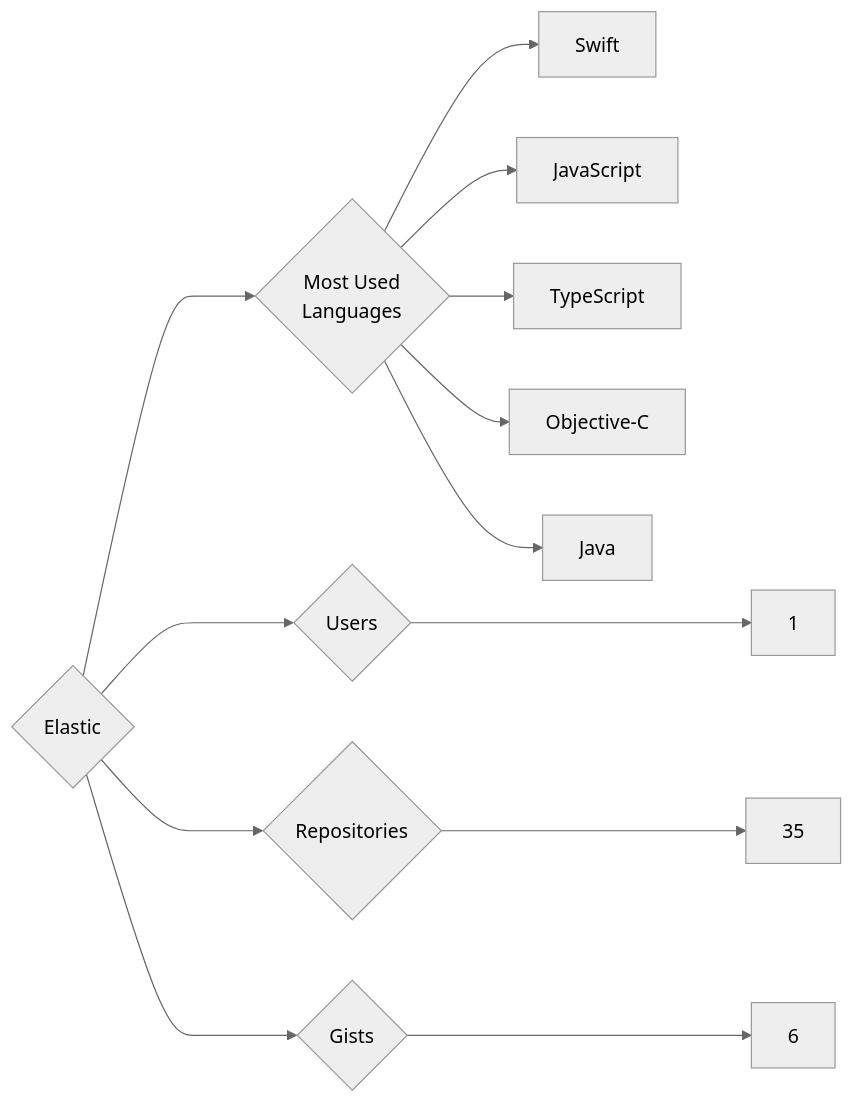
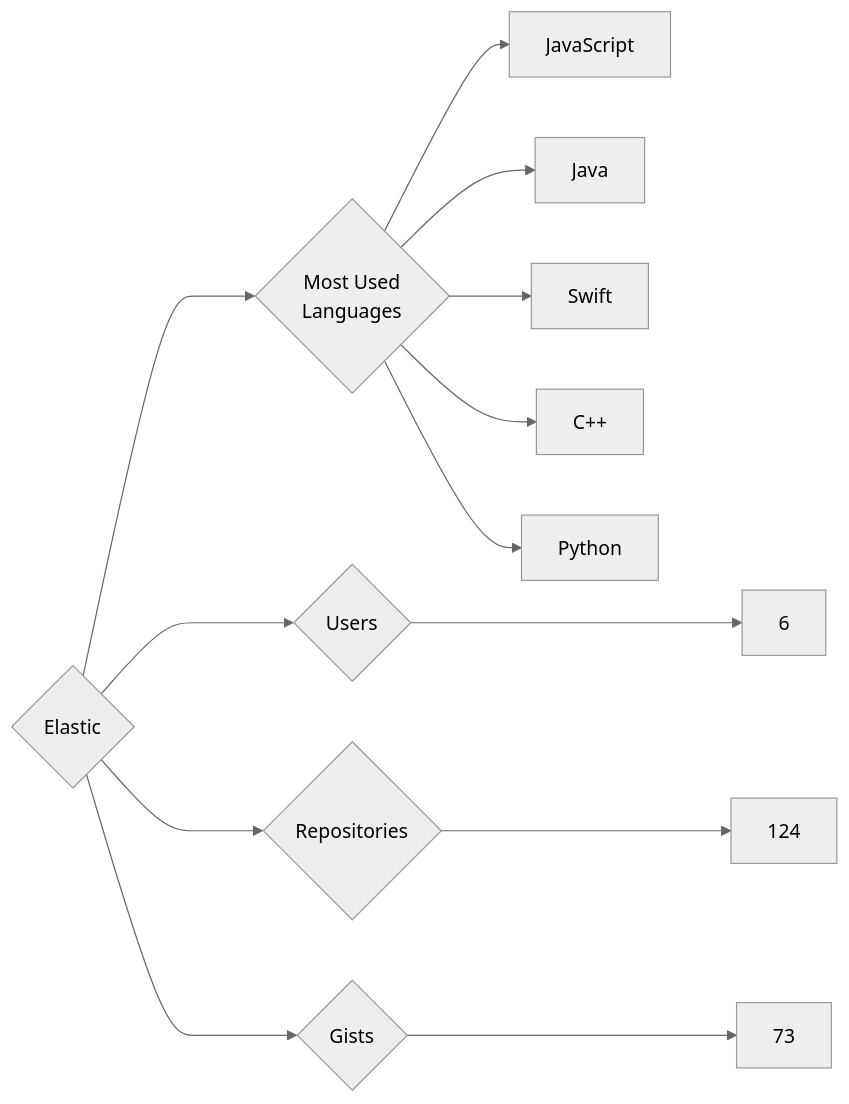
Before and after one commit to trickest/insiders: the diagram in targets/Elastic/README.md, drawn with Mermaid (neutral theme). The commit also changed 988 other files, not shown here.

````diff
--- a/targets/Elastic/README.md
+++ b/targets/Elastic/README.md
@@ -3,13 +3,13 @@
 ```mermaid
 graph LR
 COMPANY_NAME{Elastic}
-COMPANY_NAME ---> U{Users} ---> UN[1]
-COMPANY_NAME ---> R{Repositories} ---> RN[35]
-COMPANY_NAME ---> G{Gists} ---> GN[6]
+COMPANY_NAME ---> U{Users} ---> UN[6]
+COMPANY_NAME ---> R{Repositories} ---> RN[124]
+COMPANY_NAME ---> G{Gists} ---> GN[73]
 COMPANY_NAME ---> ML{Most Used<br>Languages}
+ML --> JavaScript[JavaScript]
+ML --> Java[Java]
 ML --> Swift[Swift]
-ML --> JavaScript[JavaScript]
-ML --> TypeScript[TypeScript]
-ML --> Objective-C[Objective-C]
-ML --> Java[Java]
+ML --> C++[C++]
+ML --> Python[Python]
 ```
````
